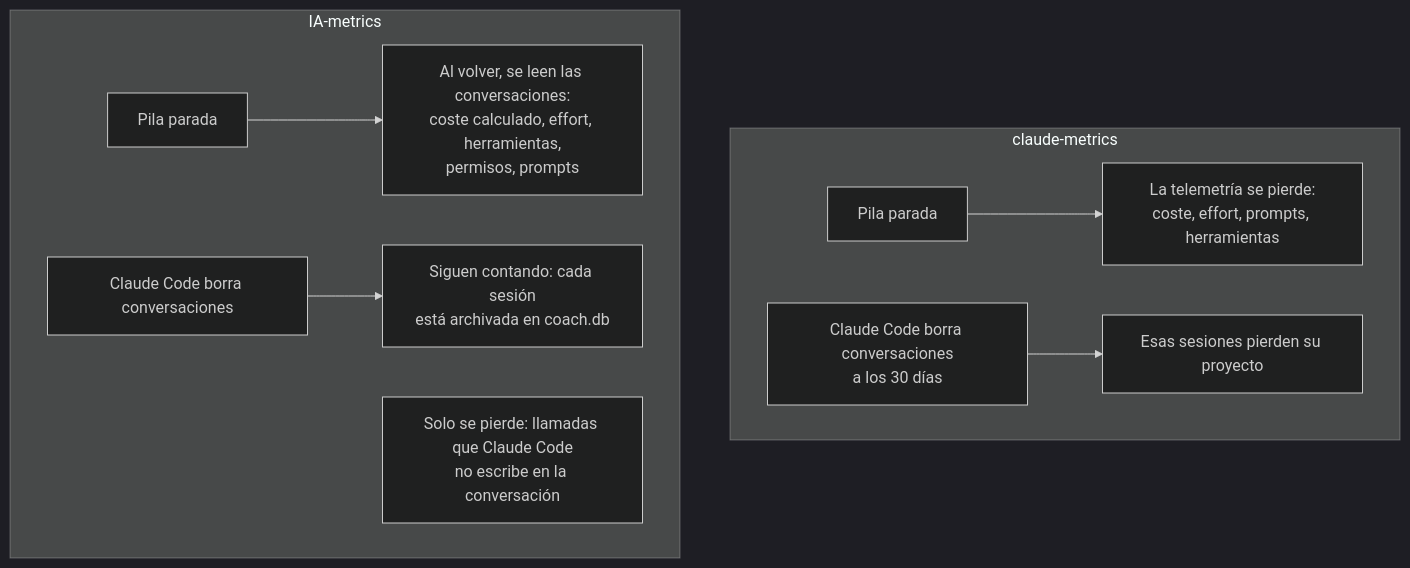
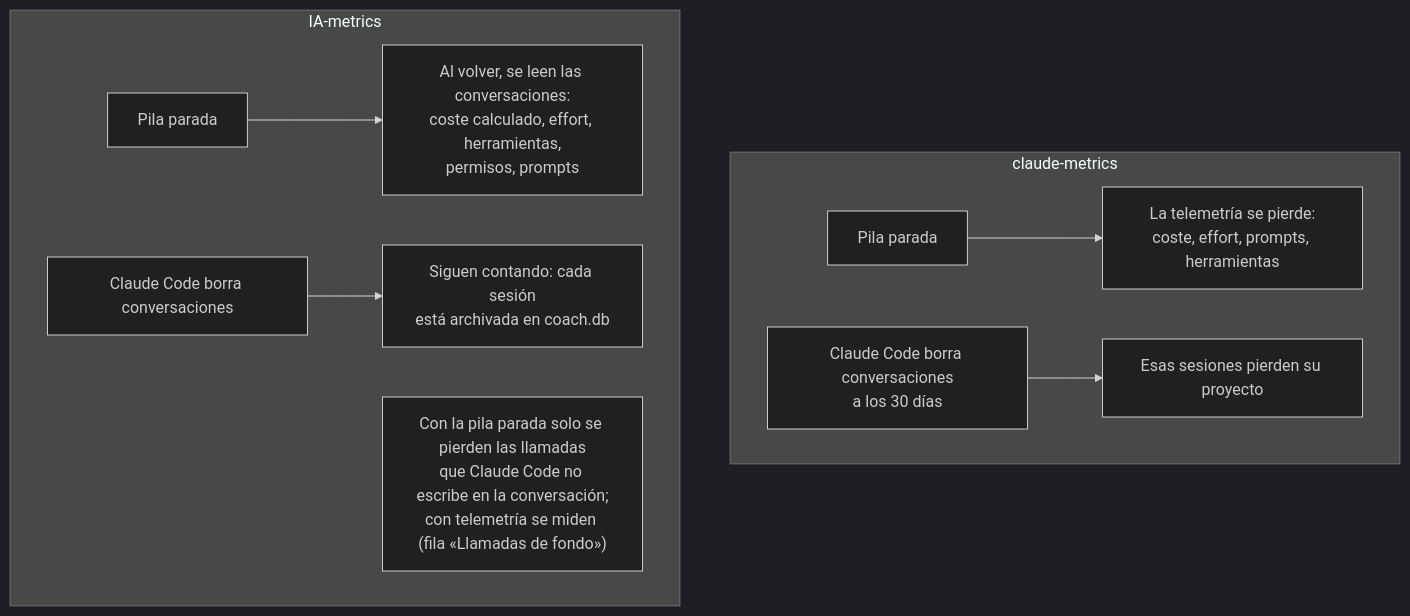
One commit to oscarabal/IA-metrics changed the second of 2 diagrams in docs/comparativa-ia-metrics.md. Above: the diagram before and after it, drawn with Mermaid (dark theme). The commit also changed other lines of this file and 8 other files, not shown here.

````diff
--- a/docs/comparativa-ia-metrics.md
+++ b/docs/comparativa-ia-metrics.md
@@ -82,12 +82,12 @@
 ```mermaid
 flowchart TD
     subgraph antes["claude-metrics"]
         X1["Pila parada"] --> X2["La telemetría se pierde:<br/>coste, effort, prompts, herramientas"]
         X3["Claude Code borra conversaciones<br/>a los 30 días"] --> X4["Esas sesiones pierden su proyecto"]
     end
     subgraph ahora["IA-metrics"]
         Y1["Pila parada"] --> Y2["Al volver, se leen las conversaciones:<br/>coste calculado, effort, herramientas,<br/>permisos, prompts"]
         Y3["Claude Code borra conversaciones"] --> Y4["Siguen contando: cada sesión<br/>está archivada en coach.db"]
-        Y5["Solo se pierde: llamadas que Claude Code<br/>no escribe en la conversación"]
+        Y5["Con la pila parada solo se pierden las llamadas<br/>que Claude Code no escribe en la conversación;<br/>con telemetría se miden (fila «Llamadas de fondo»)"]
     end
 ```
````
